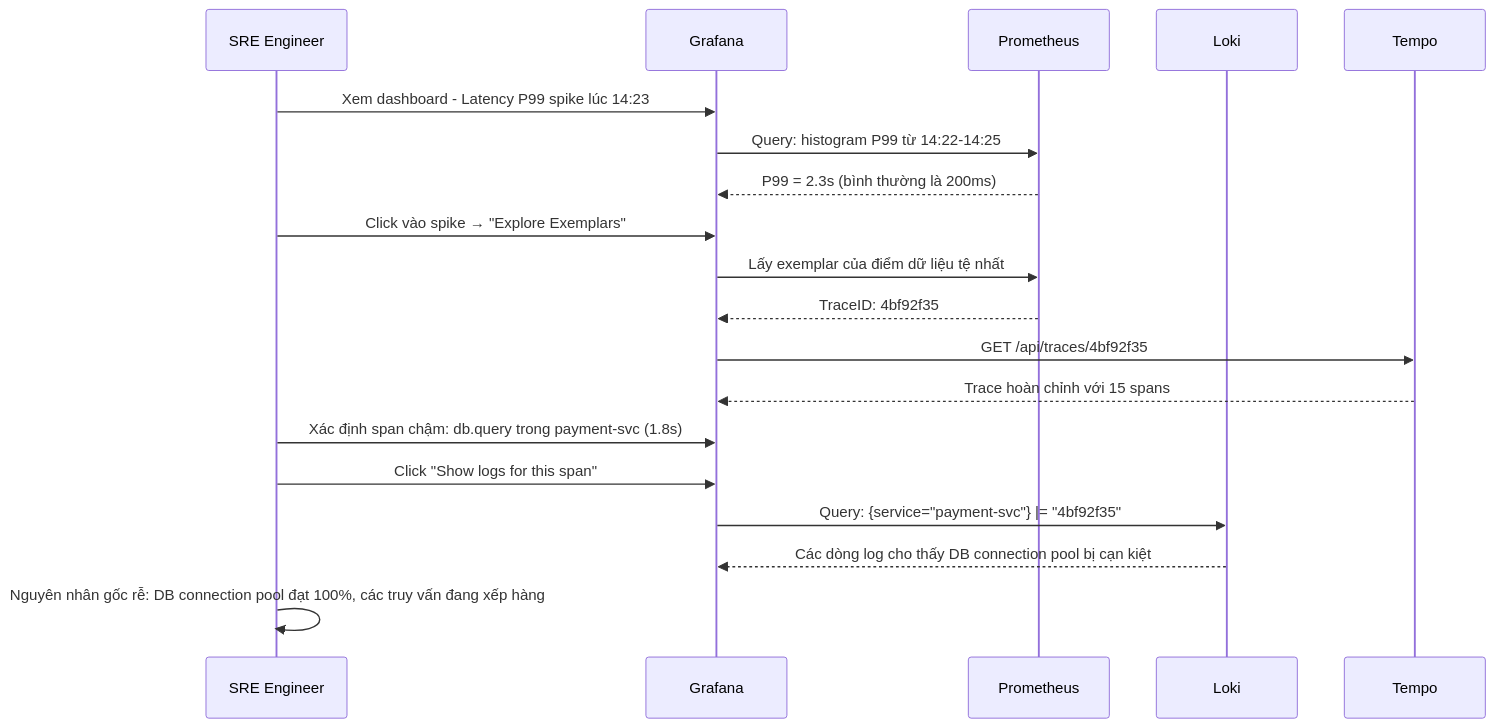
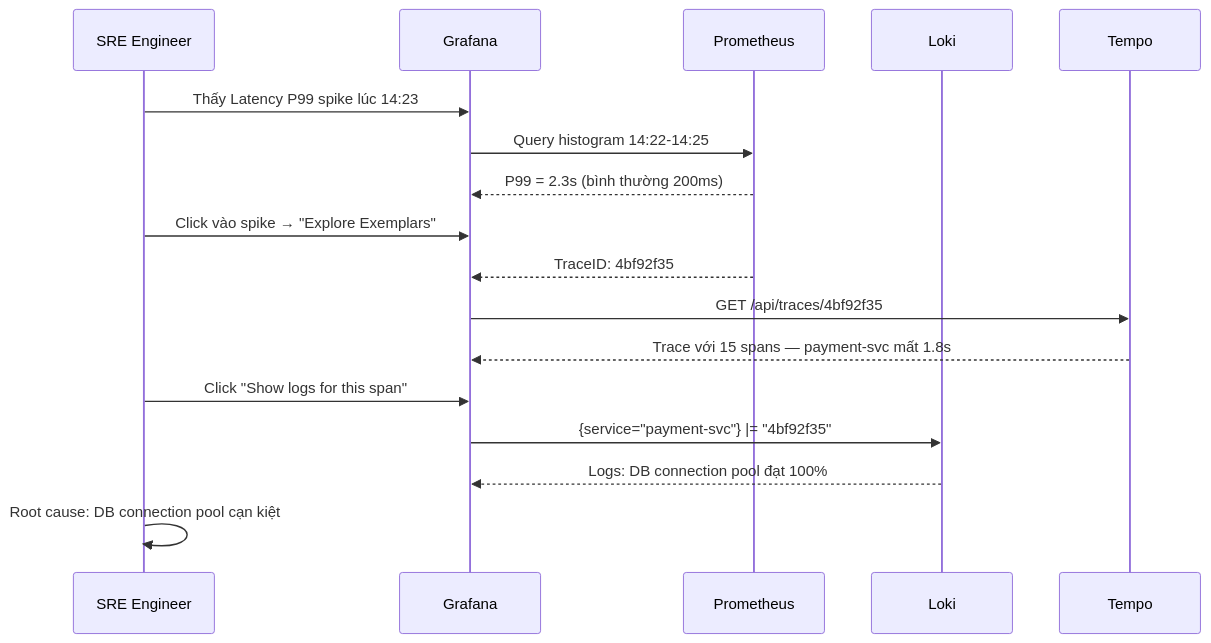
The sixth of 6 diagrams in docs/vi/01-observability/README.vi.md (XUanhoa04/aiops-engineering-handbook), drawn with Mermaid before and after one commit. The commit also changed other lines of this file and 3 other files, not shown here.

````diff
--- a/docs/vi/01-observability/README.vi.md
+++ b/docs/vi/01-observability/README.vi.md
@@ -938,22 +907,20 @@
 ```mermaid
 sequenceDiagram
     participant SRE as SRE Engineer
     participant Grafana
     participant Prometheus
     participant Loki
     participant Tempo
 
-    SRE->>Grafana: Xem dashboard - Latency P99 spike lúc 14:23
-    Grafana->>Prometheus: Query: histogram P99 từ 14:22-14:25
-    Prometheus-->>Grafana: P99 = 2.3s (bình thường là 200ms)
+    SRE->>Grafana: Thấy Latency P99 spike lúc 14:23
+    Grafana->>Prometheus: Query histogram 14:22-14:25
+    Prometheus-->>Grafana: P99 = 2.3s (bình thường 200ms)
     SRE->>Grafana: Click vào spike → "Explore Exemplars"
-    Grafana->>Prometheus: Lấy exemplar của điểm dữ liệu tệ nhất
     Prometheus-->>Grafana: TraceID: 4bf92f35
     Grafana->>Tempo: GET /api/traces/4bf92f35
-    Tempo-->>Grafana: Trace hoàn chỉnh với 15 spans
-    SRE->>Grafana: Xác định span chậm: db.query trong payment-svc (1.8s)
+    Tempo-->>Grafana: Trace với 15 spans — payment-svc mất 1.8s
     SRE->>Grafana: Click "Show logs for this span"
-    Grafana->>Loki: Query: {service="payment-svc"} |= "4bf92f35"
-    Loki-->>Grafana: Các dòng log cho thấy DB connection pool bị cạn kiệt
-    SRE->>SRE: Nguyên nhân gốc rễ: DB connection pool đạt 100%, các truy vấn đang xếp hàng
+    Grafana->>Loki: {service="payment-svc"} |= "4bf92f35"
+    Loki-->>Grafana: Logs: DB connection pool đạt 100%
+    SRE->>SRE: Root cause: DB connection pool cạn kiệt
 ```
````
